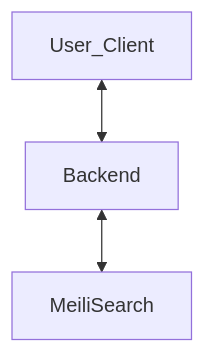
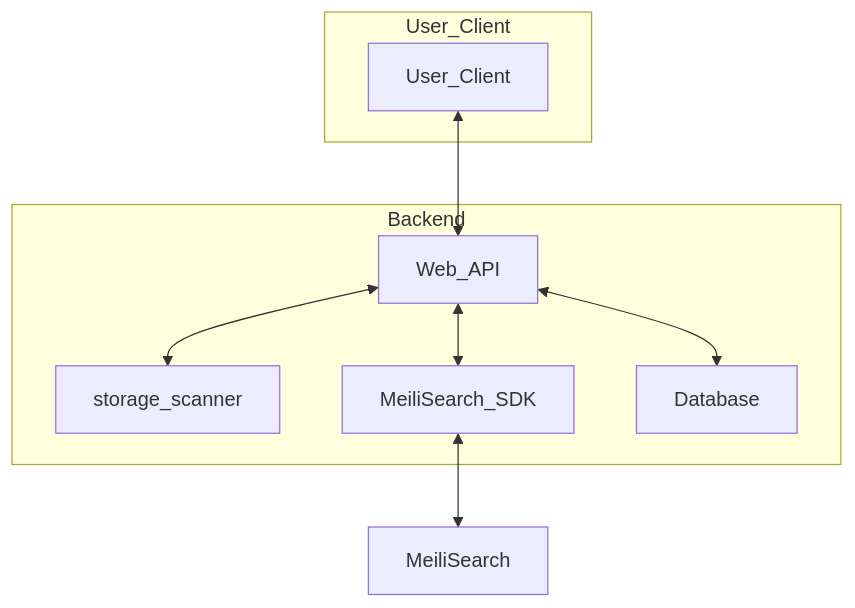
One commit to tsctsc6/MusicManager_doc changed the diagram in Architecture.md. Above: the diagram before and after it, drawn with Mermaid.

Commit message:
update arch

````diff
--- a/Architecture.md
+++ b/Architecture.md
@@ -2,9 +2,14 @@
 ```mermaid
 flowchart TD
+    subgraph User_Client
     U["User_Client"]
-    B["Backend"]
+    end
+    subgraph Backend
+    Web_API <--> storage_scanner
+    Web_API <--> MeiliSearch_SDK
+    Web_API <--> Database
+    end
     S["MeiliSearch"]
-
-    U <--> B
-    B <--> S
+    U <--> Web_API
+    MeiliSearch_SDK <--> S
 ```
````
